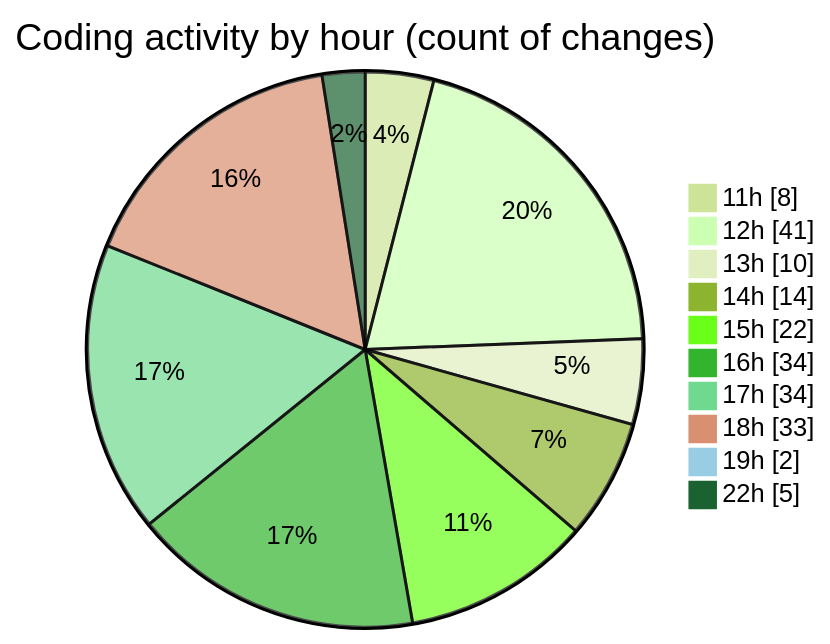
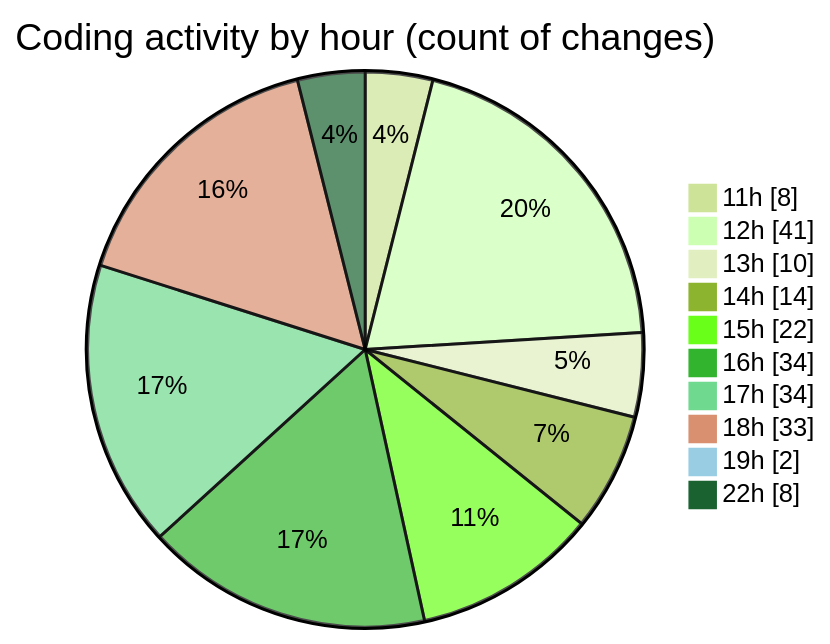
The second of 2 diagrams in 2025-05-04/project/README.md (BS-eng2023/code-tracking), drawn with Mermaid (forest theme) before and after one commit. The commit also changed other lines of this file and 1 other file, not shown here.

````diff
--- a/2025-05-04/project/README.md
+++ b/2025-05-04/project/README.md
@@ -54,14 +54,14 @@
 ```mermaid
 pie showData
 title Coding activity by hour (count of changes)
 "11h" : 8
 "12h" : 41
 "13h" : 10
 "14h" : 14
 "15h" : 22
 "16h" : 34
 "17h" : 34
 "18h" : 33
 "19h" : 2
-"22h" : 5
+"22h" : 8
 ```
````
